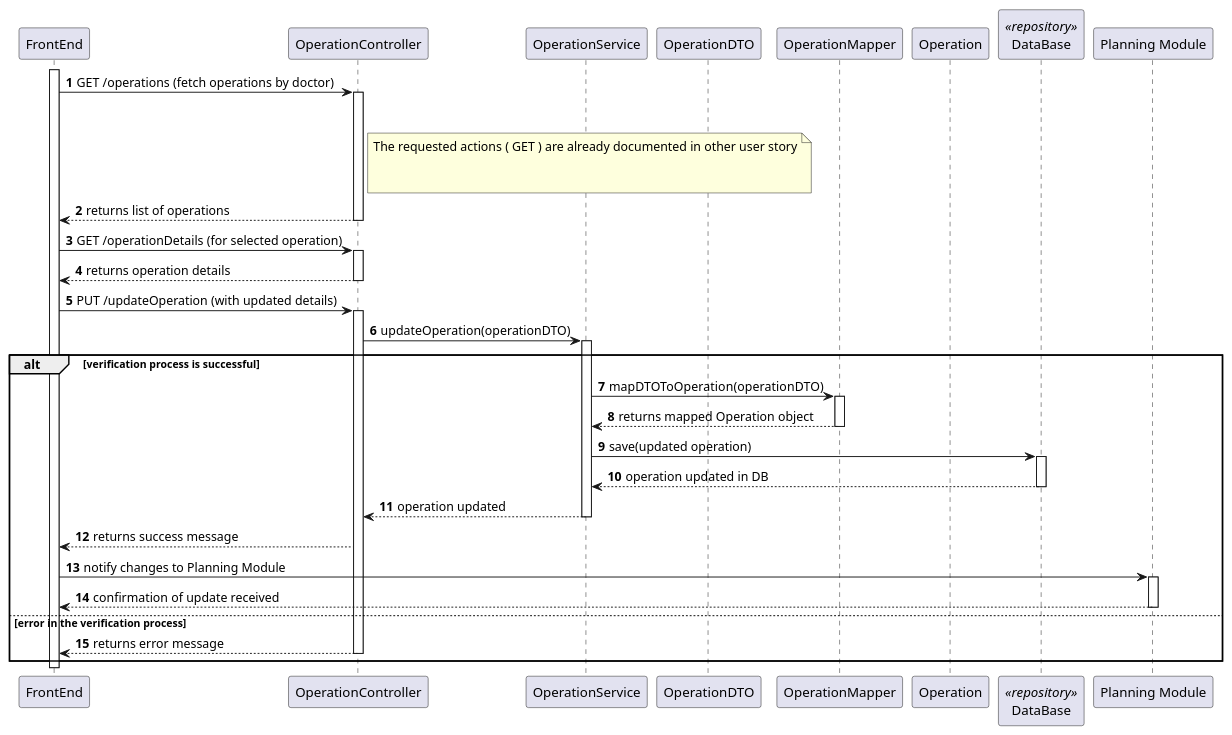
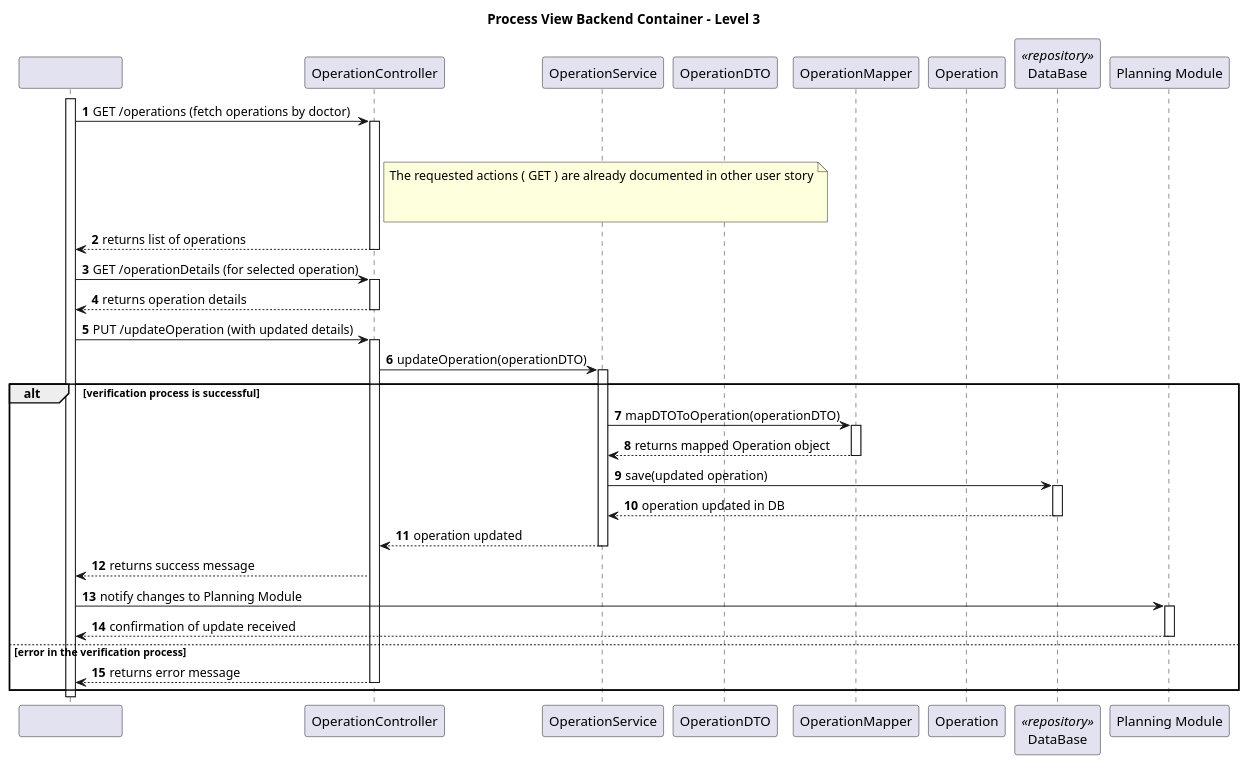
Before and after one commit to Saquinho74/LAPR5: the diagram in Docs/SprintA/US17/level3/process_view.puml, drawn with PlantUML. The commit also changed 2 other files, not shown here.

Commit message:
#17 Process view levels updated Logical changes

```diff
--- a/Docs/SprintA/US17/level3/process_view.puml
+++ b/Docs/SprintA/US17/level3/process_view.puml
@@ -1,134 +1,136 @@
 @startuml
 'https://plantuml.com/sequence-diagram
 
 autonumber
 
-participant "FrontEnd" as sys
+participant "                          " as sys
 participant "OperationController" as ctrl
 participant "OperationService" as serv
 participant "OperationDTO" as dto
 participant "OperationMapper" as map
 participant "Operation" as operation
 participant "DataBase" as repo <<repository>>
 participant "Planning Module" as planning
+
+title Process View Backend Container - Level 3
 
 
 
 activate sys
 
 sys -> ctrl : GET /operations (fetch operations by doctor)
 
 note right of ctrl
   The requested actions ( GET ) are already documented in other user story
 
 
 end note
 
 activate ctrl
 '
 'ctrl -> serv: getOperationsByDoctor(doctorId)
 '
 'activate serv
 '
 'serv -> repo: findOperationsByDoctorId(doctorId)
 '
 'activate repo
 '
 'repo --> serv: returns list of operations
 '
 'deactivate repo
 
 'serv --> ctrl: returns list of operations
 
 deactivate serv
 
 ctrl --> sys: returns list of operations
 
 deactivate ctrl
 
 
 
 
 
 sys -> ctrl: GET /operationDetails (for selected operation)
 
 activate ctrl
 '
 'ctrl -> serv: getOperationDetails(operationId)
 '
 'activate serv
 '
 'serv -> repo: findOperationById(operationId)
 '
 'activate repo
 '
 'repo --> serv: returns operation details
 '
 'deactivate repo
 '
 'serv --> ctrl: returns operation details
 '
 'deactivate serv
 '
 ctrl --> sys: returns operation details
 
 deactivate ctrl
 
 
 
 
 
 sys -> ctrl: PUT /updateOperation (with updated details)
 
 activate ctrl
 
 ctrl -> serv: updateOperation(operationDTO)
 
 activate serv
 
 alt verification process is successful
 
     serv -> map: mapDTOToOperation(operationDTO)
 
     activate map
 
     map --> serv: returns mapped Operation object
 
     deactivate map
 
     serv -> repo: save(updated operation)
 
     activate repo
 
     repo --> serv: operation updated in DB
 
     deactivate repo
 
     serv --> ctrl: operation updated
 
     deactivate serv
 
     ctrl --> sys: returns success message
 
 
     sys -> planning: notify changes to Planning Module
 
     activate planning
 
     planning --> sys: confirmation of update received
 
     deactivate planning
 
 else error in the verification process
 
     ctrl --> sys: returns error message
 
     deactivate ctrl
 
 
 end
 
 deactivate sys
 deactivate planning
 
 @enduml
```
